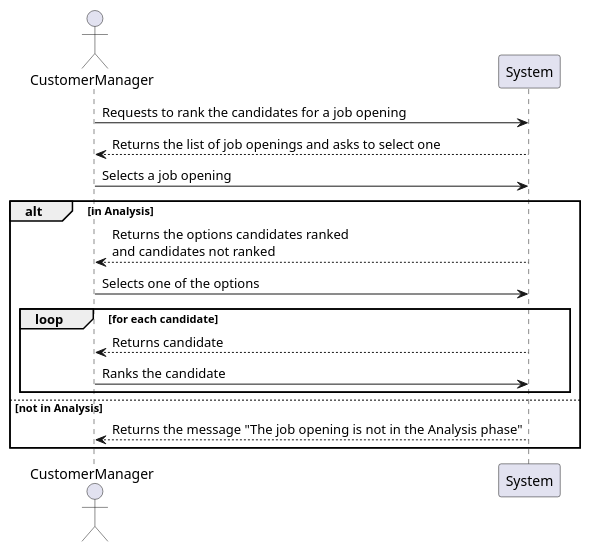
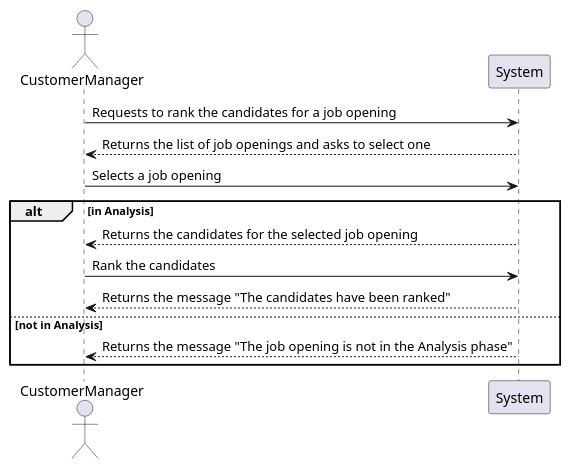
One commit to Mendoncaa/LAPR4 changed the diagram in docs/sprintC/US1013/01.requirements-engineering/puml/SSD.puml. Above: the diagram before and after it, drawn with PlantUML. The commit also changed 4 other files, not shown here.

```diff
--- a/docs/sprintC/US1013/01.requirements-engineering/puml/SSD.puml
+++ b/docs/sprintC/US1013/01.requirements-engineering/puml/SSD.puml
@@ -1,19 +1,17 @@
 @startuml
 actor CustomerManager as CM
 participant System
 
 CM -> System : Requests to rank the candidates for a job opening
 System --> CM : Returns the list of job openings and asks to select one
 CM -> System : Selects a job opening
 
 alt in Analysis
-    System --> CM : Returns the options candidates ranked\nand candidates not ranked
-    CM -> System : Selects one of the options
-    loop for each candidate
-        System --> CM : Returns candidate
-        CM -> System : Ranks the candidate
-    end
+    System --> CM : Returns the candidates for the selected job opening
+    CM -> System : Rank the candidates
+    System --> CM : Returns the message "The candidates have been ranked"
+
 else not in Analysis
     System --> CM : Returns the message "The job opening is not in the Analysis phase"
 end
 @enduml
```
